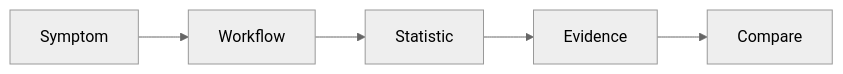
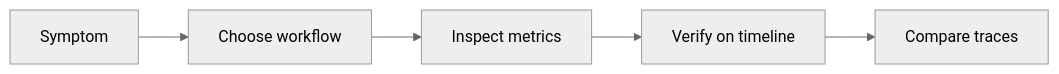
Before and after one commit to kuopinghsu/FreeRTOS-BTF-Trace: the first of 3 diagrams in BTFViewer/STATISTICS.md, drawn with Mermaid (neutral theme). The commit also changed other lines of this file and 31 other files, not shown here.

````diff
--- a/BTFViewer/STATISTICS.md
+++ b/BTFViewer/STATISTICS.md
@@ -32,7 +23,7 @@
 ```mermaid
 flowchart LR
-  symptom[Symptom] --> workflow[Workflow]
-  workflow --> statistic[Statistic]
-  statistic --> evidence[Evidence]
-  evidence --> compare[Compare]
+  symptom[Symptom] --> workflow[Choose workflow]
+  workflow --> metric[Inspect metrics]
+  metric --> timeline[Verify on timeline]
+  timeline --> compare[Compare traces]
 ```
````
